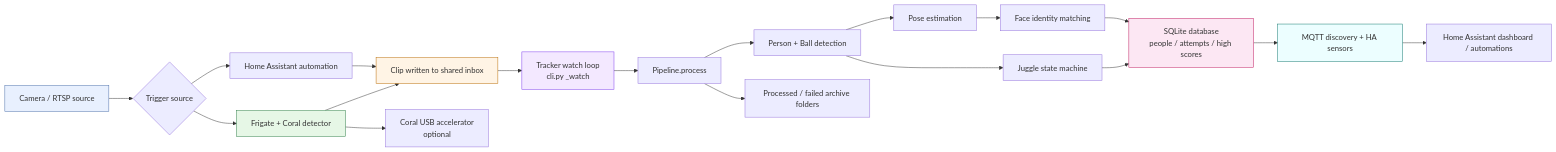
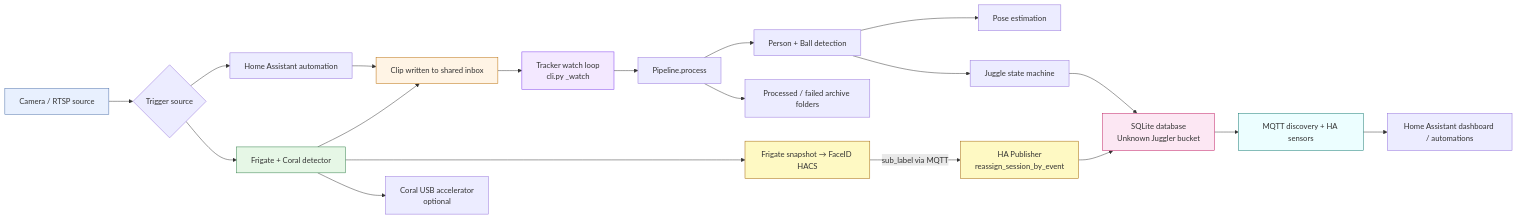
Before and after one commit to abeatte/soccer-juggle-tracker: the diagram in docs/ARCHITECTURE.md, drawn with Mermaid. The commit also changed other lines of this file and 19 other files, not shown here.

Commit message:
feat: reworks juggletracker to make use of faceID for identity attribution

````diff
--- a/docs/ARCHITECTURE.md
+++ b/docs/ARCHITECTURE.md
@@ -32,27 +32,30 @@
 ```mermaid
 flowchart LR
     A[Camera / RTSP source] --> B{Trigger source}
     B --> C[Home Assistant automation]
     B --> D[Frigate + Coral detector]
     C --> E[Clip written to shared inbox]
     D --> E
     E --> F[Tracker watch loop\ncli.py _watch]
     F --> G[Pipeline.process]
     G --> H[Person + Ball detection]
     H --> I[Pose estimation]
-    I --> J[Face identity matching]
     H --> K[Juggle state machine]
-    J --> L[SQLite database\npeople / attempts / high scores]
-    K --> L
+    K --> L[SQLite database\nUnknown Juggler bucket]
     L --> M[MQTT discovery + HA sensors]
     M --> N[Home Assistant dashboard / automations]
+    D --> Q[Frigate snapshot → FaceID HACS]
+    Q -->|sub_label via MQTT| R[HA Publisher\nreassign_session_by_event]
+    R --> L
     G --> O[Processed / failed archive folders]
     D --> P[Coral USB accelerator\noptional]
 
     style A fill:#e8f0fe,stroke:#4a6ea9
     style D fill:#e6f7e6,stroke:#2d7d46
     style E fill:#fff4e5,stroke:#b86b00
     style F fill:#f3e8ff,stroke:#7c3aed
     style L fill:#fce7f3,stroke:#be185d
     style M fill:#ecfeff,stroke:#0f766e
+    style Q fill:#fef9c3,stroke:#a16207
+    style R fill:#fef9c3,stroke:#a16207
 ```
````
